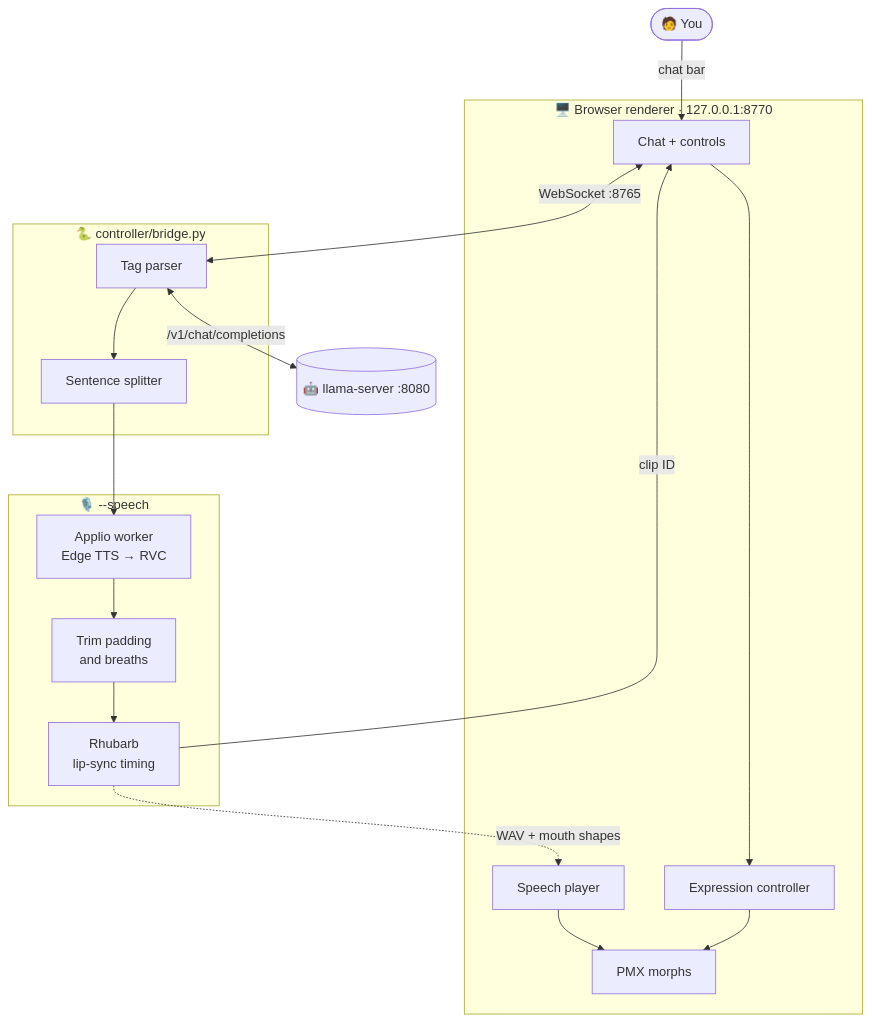
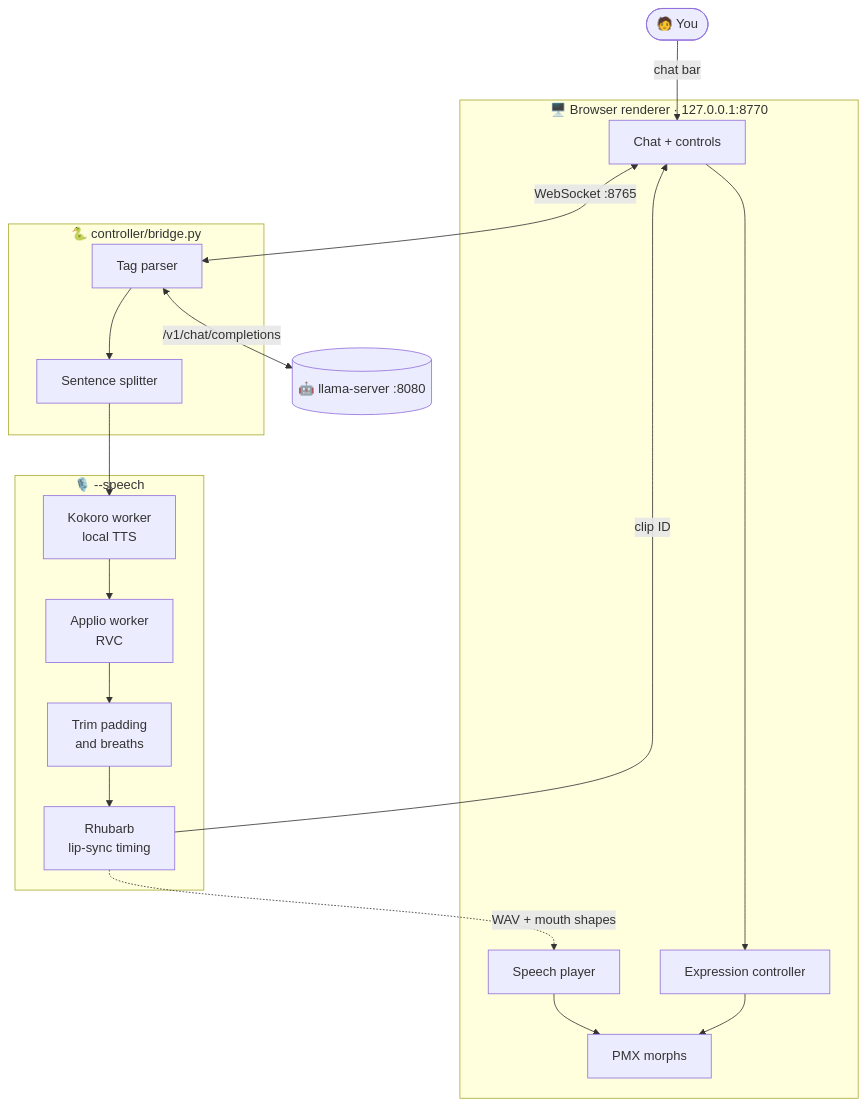
One commit to arctic-cheetah/AI-Avatar-PMX-MMD changed the first of 2 diagrams in README.md. Above: the diagram before and after it, drawn with Mermaid. The commit also changed other lines of this file, not shown here.

````diff
--- a/README.md
+++ b/README.md
@@ -18,21 +18,22 @@
 ```mermaid
 flowchart TD
     U([🧑 You]) -->|chat bar| R
     subgraph Browser["🖥️ Browser renderer · 127.0.0.1:8770"]
         R[Chat + controls] --> E[Expression controller]
         P[Speech player] --> M[PMX morphs]
         E --> M
     end
     R <-->|WebSocket :8765| B
     subgraph Bridge["🐍 controller/bridge.py"]
         B[Tag parser] --> S[Sentence splitter]
     end
     B <-->|"/v1/chat/completions"| L[(🤖 llama-server :8080)]
     S --> W
     subgraph Speech["🎙️ --speech"]
-        W[Applio worker<br/>Edge TTS → RVC] --> T[Trim padding<br/>and breaths]
+        W[Kokoro worker<br/>local TTS] --> C[Applio worker<br/>RVC]
+        C --> T[Trim padding<br/>and breaths]
         T --> A[Rhubarb<br/>lip-sync timing]
     end
     A -->|clip ID| R
     A -.->|WAV + mouth shapes| P
 ```
````
